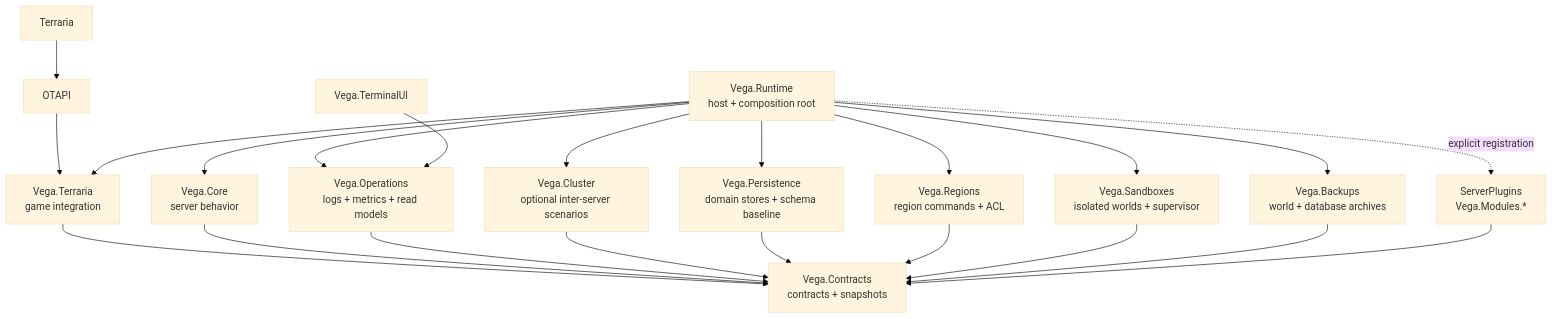
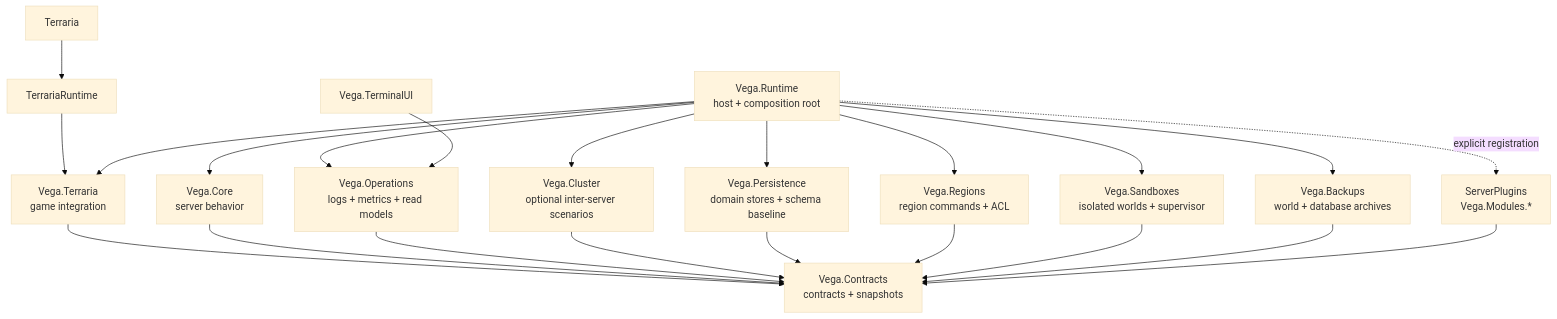
Before and after one commit to VegaKernel/Vega: the diagram in README_EN.md, drawn with Mermaid (base theme). The commit also changed other lines of this file and 47 other files, not shown here.

Commit message:
Migrate Vega to TerrariaRuntime 1.0.0

````diff
--- a/README_EN.md
+++ b/README_EN.md
@@ -17,27 +17,27 @@
 ```mermaid
 flowchart TB
-    Terraria["Terraria"] --> OTAPI["OTAPI"]
-    OTAPI --> TerrariaAdapter["Vega.Terraria<br/>game integration"]
+    Terraria["Terraria"] --> TerrariaRuntime["TerrariaRuntime"]
+    TerrariaRuntime --> TerrariaAdapter["Vega.Terraria<br/>game integration"]
 
     Runtime["Vega.Runtime<br/>host + composition root"] --> TerrariaAdapter
     Runtime --> Core["Vega.Core<br/>server behavior"]
     Runtime --> Operations["Vega.Operations<br/>logs + metrics + read models"]
     Runtime --> Cluster["Vega.Cluster<br/>optional inter-server scenarios"]
     Runtime --> Persistence["Vega.Persistence<br/>domain stores + schema baseline"]
     Runtime --> Regions["Vega.Regions<br/>region commands + ACL"]
     Runtime --> Sandboxes["Vega.Sandboxes<br/>isolated worlds + supervisor"]
     Runtime --> Backups["Vega.Backups<br/>world + database archives"]
     Runtime -. "explicit registration" .-> Modules["ServerPlugins<br/>Vega.Modules.*"]
 
     TerrariaAdapter --> Contracts["Vega.Contracts<br/>contracts + snapshots"]
     Core --> Contracts
     Operations --> Contracts
     Cluster --> Contracts
     Persistence --> Contracts
     Regions --> Contracts
     Sandboxes --> Contracts
     Backups --> Contracts
     Modules --> Contracts
 
     TerminalUI["Vega.TerminalUI"] --> Operations
 ```
````
